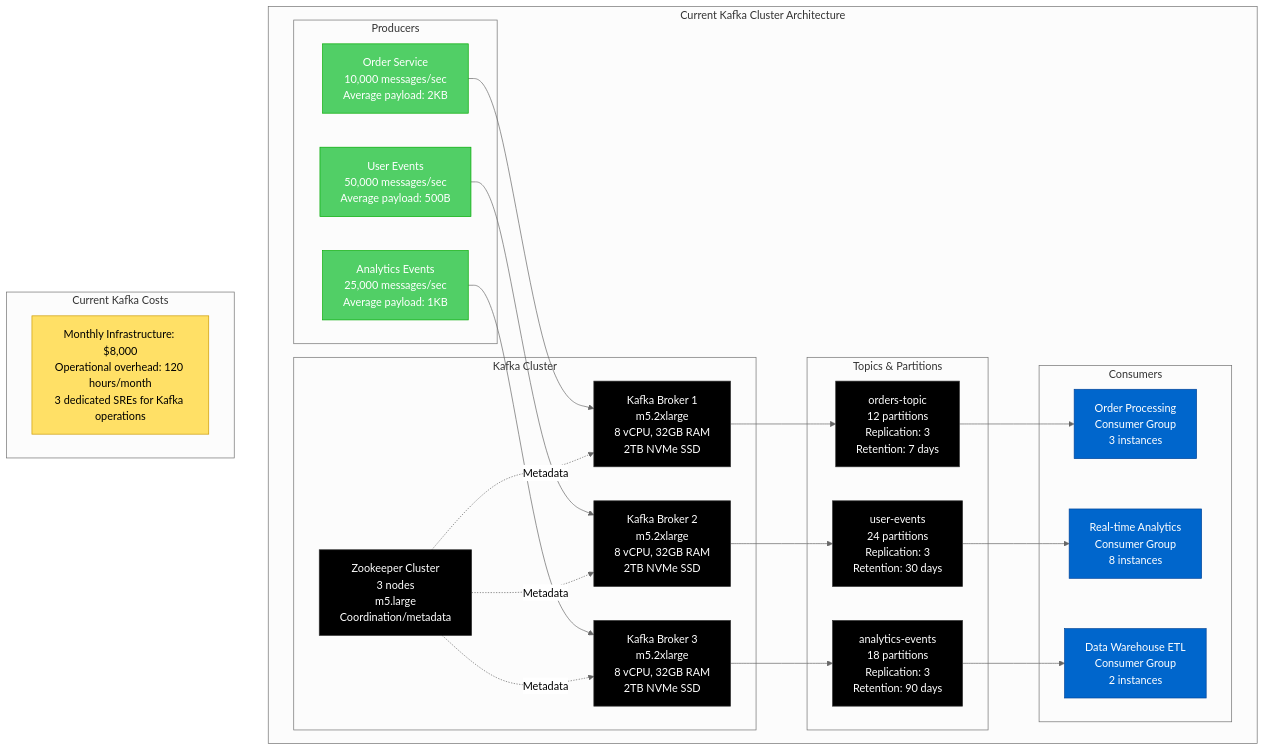
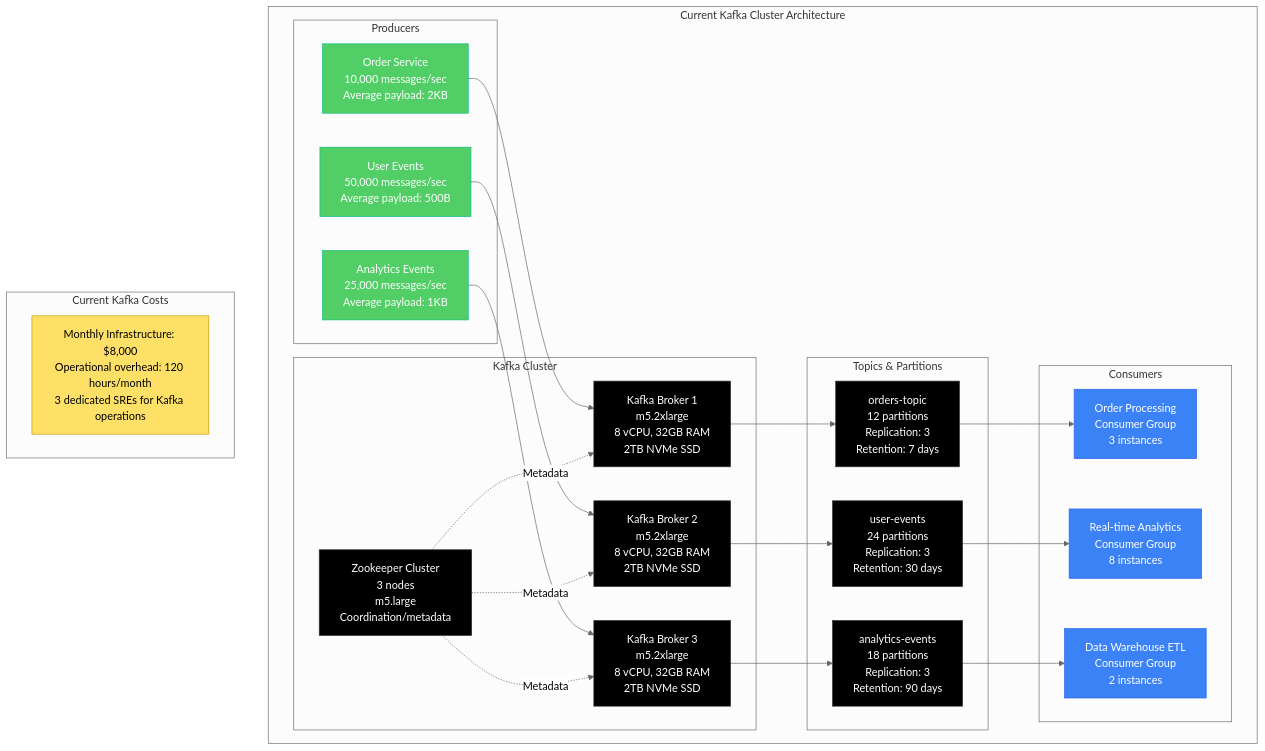
Before and after one commit to deepaucksharma/DS: the first of 7 diagrams in site/docs/migrations/kafka-to-kinesis.md, drawn with Mermaid (neutral theme). The commit also changed other lines of this file and 303 other files, not shown here.

````diff
--- a/site/docs/migrations/kafka-to-kinesis.md
+++ b/site/docs/migrations/kafka-to-kinesis.md
@@ -37,62 +37,62 @@
 ```mermaid
 graph TB
     subgraph "Current Kafka Cluster Architecture"
         subgraph "Producers"
             APP1[Order Service<br/>10,000 messages/sec<br/>Average payload: 2KB]
             APP2[User Events<br/>50,000 messages/sec<br/>Average payload: 500B]
             APP3[Analytics Events<br/>25,000 messages/sec<br/>Average payload: 1KB]
         end
 
         subgraph "Kafka Cluster"
             ZK[Zookeeper Cluster<br/>3 nodes<br/>m5.large<br/>Coordination/metadata]
 
             BROKER1[Kafka Broker 1<br/>m5.2xlarge<br/>8 vCPU, 32GB RAM<br/>2TB NVMe SSD]
             BROKER2[Kafka Broker 2<br/>m5.2xlarge<br/>8 vCPU, 32GB RAM<br/>2TB NVMe SSD]
             BROKER3[Kafka Broker 3<br/>m5.2xlarge<br/>8 vCPU, 32GB RAM<br/>2TB NVMe SSD]
         end
 
         subgraph "Topics & Partitions"
             TOPIC1[orders-topic<br/>12 partitions<br/>Replication: 3<br/>Retention: 7 days]
             TOPIC2[user-events<br/>24 partitions<br/>Replication: 3<br/>Retention: 30 days]
             TOPIC3[analytics-events<br/>18 partitions<br/>Replication: 3<br/>Retention: 90 days]
         end
 
         subgraph "Consumers"
             CONSUMER1[Order Processing<br/>Consumer Group<br/>3 instances]
             CONSUMER2[Real-time Analytics<br/>Consumer Group<br/>8 instances]
             CONSUMER3[Data Warehouse ETL<br/>Consumer Group<br/>2 instances]
         end
     end
 
     APP1 --> BROKER1
     APP2 --> BROKER2
     APP3 --> BROKER3
 
     ZK -.->|Metadata| BROKER1
     ZK -.->|Metadata| BROKER2
     ZK -.->|Metadata| BROKER3
 
     BROKER1 --> TOPIC1
     BROKER2 --> TOPIC2
     BROKER3 --> TOPIC3
 
     TOPIC1 --> CONSUMER1
     TOPIC2 --> CONSUMER2
     TOPIC3 --> CONSUMER3
 
     %% Current costs
     subgraph "Current Kafka Costs"
         COSTS[Monthly Infrastructure: $8,000<br/>Operational overhead: 120 hours/month<br/>3 dedicated SREs for Kafka operations]
     end
 
     %% Apply colors
-    classDef producerStyle fill:#51CF66,stroke:#00AA00,color:#fff
+    classDef producerStyle fill:#51CF66,stroke:#10B981,color:#fff
     classDef kafkaStyle fill:#000000,stroke:#333333,color:#fff
-    classDef consumerStyle fill:#0066CC,stroke:#004499,color:#fff
+    classDef consumerStyle fill:#3B82F6,stroke:#2563EB,color:#fff
     classDef costStyle fill:#FFE066,stroke:#CC9900,color:#000
 
     class APP1,APP2,APP3 producerStyle
     class ZK,BROKER1,BROKER2,BROKER3,TOPIC1,TOPIC2,TOPIC3 kafkaStyle
     class CONSUMER1,CONSUMER2,CONSUMER3 consumerStyle
     class COSTS costStyle
 ```
````
